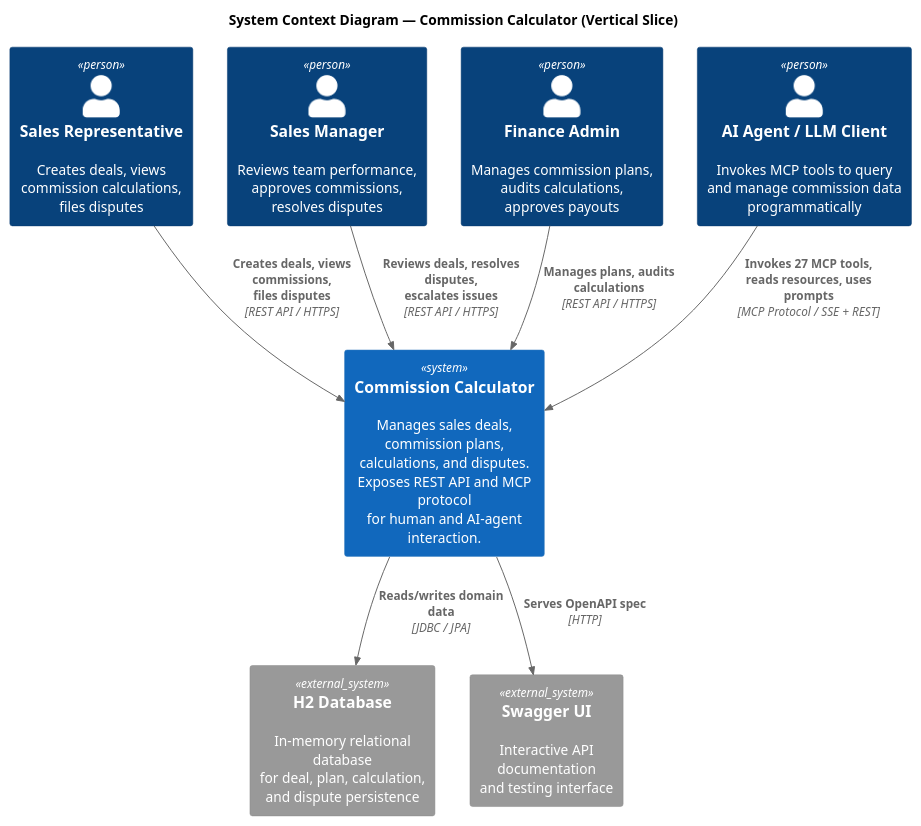
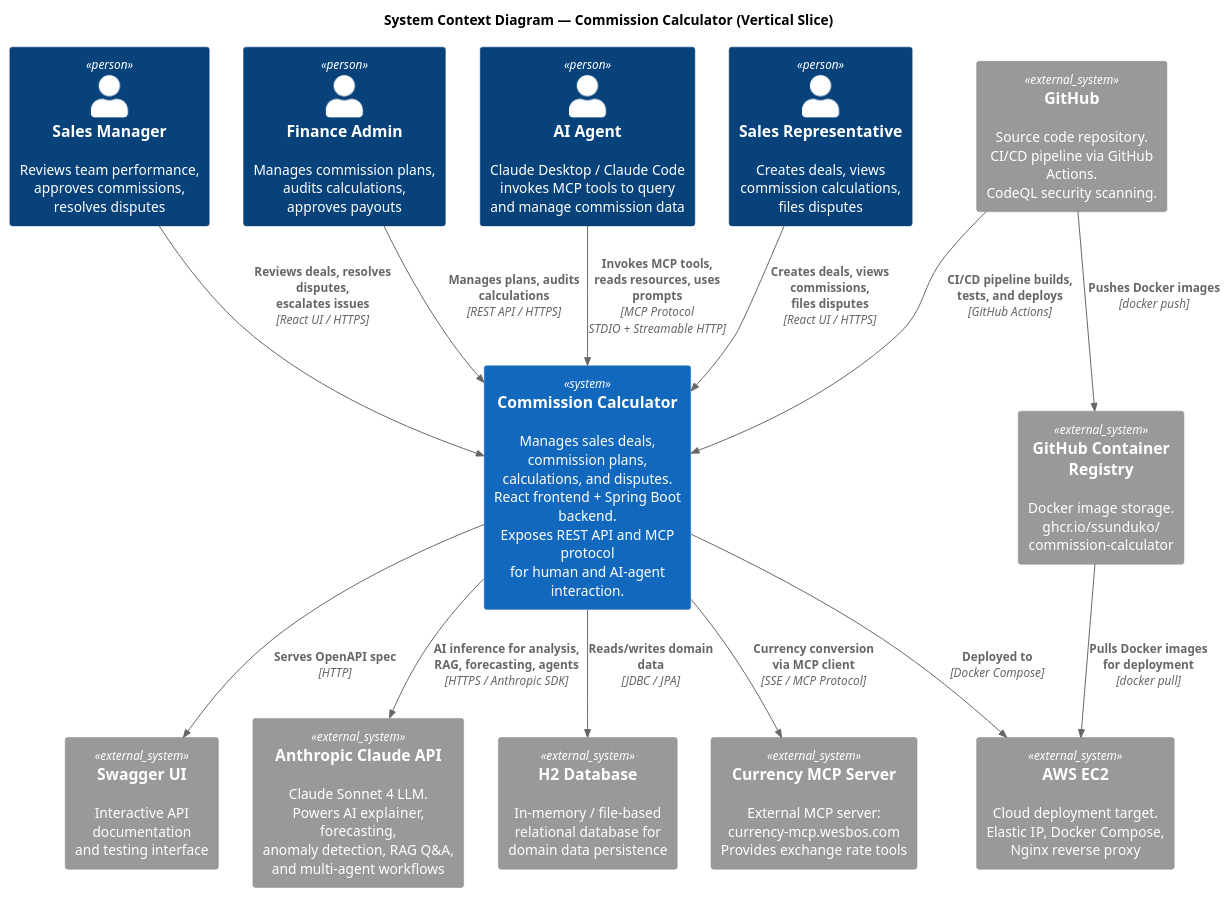
One commit to ssunduko/commission-calculator-spring changed the diagram in docs/c4/verticalslice/c4-level1-system-context.puml. Above: the diagram before and after it, drawn with PlantUML. The commit also changed 37 other files, not shown here.

```diff
--- a/docs/c4/verticalslice/c4-level1-system-context.puml
+++ b/docs/c4/verticalslice/c4-level1-system-context.puml
@@ -1,53 +1,61 @@
 @startuml C4_Level1_System_Context
 !include <C4/C4_Context>
 
 title System Context Diagram — Commission Calculator (Vertical Slice)
 
 ' ============================================================
 ' C4 LEVEL 1: SYSTEM CONTEXT
 ' ============================================================
 ' Shows the Commission Calculator system and the people and
-' external systems it interacts with. This is the highest level
-' of abstraction — the "zoomed out" view.
+' external systems it interacts with.
 '
 ' PURPOSE:
 ' Answer the question: "What is the Commission Calculator and
 ' who/what does it interact with?"
-'
-' NOTATION:
-' - Blue boxes = People (actors who use the system)
-' - Dark blue box = The system under discussion
-' - Gray boxes = External systems it depends on
 ' ============================================================
 
 Person(salesRep, "Sales Representative", "Creates deals, views\ncommission calculations,\nfiles disputes")
 Person(salesManager, "Sales Manager", "Reviews team performance,\napproves commissions,\nresolves disputes")
 Person(financeAdmin, "Finance Admin", "Manages commission plans,\naudits calculations,\napproves payouts")
-Person(aiAgent, "AI Agent / LLM Client", "Invokes MCP tools to query\nand manage commission data\nprogrammatically")
+Person(aiAgent, "AI Agent", "Claude Desktop / Claude Code\ninvokes MCP tools to query\nand manage commission data")
 
-System(commCalc, "Commission Calculator", "Manages sales deals, commission plans,\ncalculations, and disputes.\nExposes REST API and MCP protocol\nfor human and AI-agent interaction.")
+System(commCalc, "Commission Calculator", "Manages sales deals, commission plans,\ncalculations, and disputes.\nReact frontend + Spring Boot backend.\nExposes REST API and MCP protocol\nfor human and AI-agent interaction.")
 
-System_Ext(h2db, "H2 Database", "In-memory relational database\nfor deal, plan, calculation,\nand dispute persistence")
+System_Ext(h2db, "H2 Database", "In-memory / file-based\nrelational database for\ndomain data persistence")
 System_Ext(swaggerUI, "Swagger UI", "Interactive API documentation\nand testing interface")
+System_Ext(anthropicApi, "Anthropic Claude API", "Claude Sonnet 4 LLM.\nPowers AI explainer, forecasting,\nanomaly detection, RAG Q&A,\nand multi-agent workflows")
+System_Ext(github, "GitHub", "Source code repository.\nCI/CD pipeline via GitHub Actions.\nCodeQL security scanning.")
+System_Ext(ghcr, "GitHub Container Registry", "Docker image storage.\nghcr.io/ssunduko/\ncommission-calculator")
+System_Ext(awsEc2, "AWS EC2", "Cloud deployment target.\nElastic IP, Docker Compose,\nNginx reverse proxy")
+System_Ext(currencyMcp, "Currency MCP Server", "External MCP server:\ncurrency-mcp.wesbos.com\nProvides exchange rate tools")
 
-Rel(salesRep, commCalc, "Creates deals, views commissions,\nfiles disputes", "REST API / HTTPS")
-Rel(salesManager, commCalc, "Reviews deals, resolves disputes,\nescalates issues", "REST API / HTTPS")
+Rel(salesRep, commCalc, "Creates deals, views commissions,\nfiles disputes", "React UI / HTTPS")
+Rel(salesManager, commCalc, "Reviews deals, resolves disputes,\nescalates issues", "React UI / HTTPS")
 Rel(financeAdmin, commCalc, "Manages plans, audits calculations", "REST API / HTTPS")
-Rel(aiAgent, commCalc, "Invokes 27 MCP tools,\nreads resources, uses prompts", "MCP Protocol / SSE + REST")
+Rel(aiAgent, commCalc, "Invokes MCP tools,\nreads resources, uses prompts", "MCP Protocol\nSTDIO + Streamable HTTP")
 
 Rel(commCalc, h2db, "Reads/writes domain data", "JDBC / JPA")
 Rel(commCalc, swaggerUI, "Serves OpenAPI spec", "HTTP")
+Rel(commCalc, anthropicApi, "AI inference for analysis,\nRAG, forecasting, agents", "HTTPS / Anthropic SDK")
+Rel(commCalc, currencyMcp, "Currency conversion\nvia MCP client", "SSE / MCP Protocol")
+
+Rel(github, commCalc, "CI/CD pipeline builds,\ntests, and deploys", "GitHub Actions")
+Rel(github, ghcr, "Pushes Docker images", "docker push")
+Rel(ghcr, awsEc2, "Pulls Docker images\nfor deployment", "docker pull")
+Rel(commCalc, awsEc2, "Deployed to", "Docker Compose")
 
 ' ============================================================
 ' DIAGRAM NOTES
 ' ============================================================
-' - All human actors authenticate via HTTP Basic
-' - AI agents connect via MCP SSE transport or REST endpoints
-' - H2 runs in-memory (data is re-initialized on each startup
-'   via DataInitializer CommandLineRunner)
-' - Swagger UI is publicly accessible (no auth required)
-' - The system is a monolithic Spring Boot application with
-'   feature-based internal organization (vertical slices)
+' - Human actors use the React frontend (port 3000)
+' - AI agents connect via MCP STDIO (Claude Desktop) or
+'   Streamable HTTP at /mcp (MCP Inspector, Claude Code)
+' - GitHub Actions runs CI (tests, quality, security) on
+'   every push and CD (build images, deploy) on main
+' - Docker images stored in GitHub Container Registry (ghcr.io)
+' - AWS EC2 runs Docker Compose with frontend + backend
+' - Anthropic Claude API used for all AI-powered features
+' - Currency MCP server provides exchange rate data
 ' ============================================================
 
 @enduml
```
